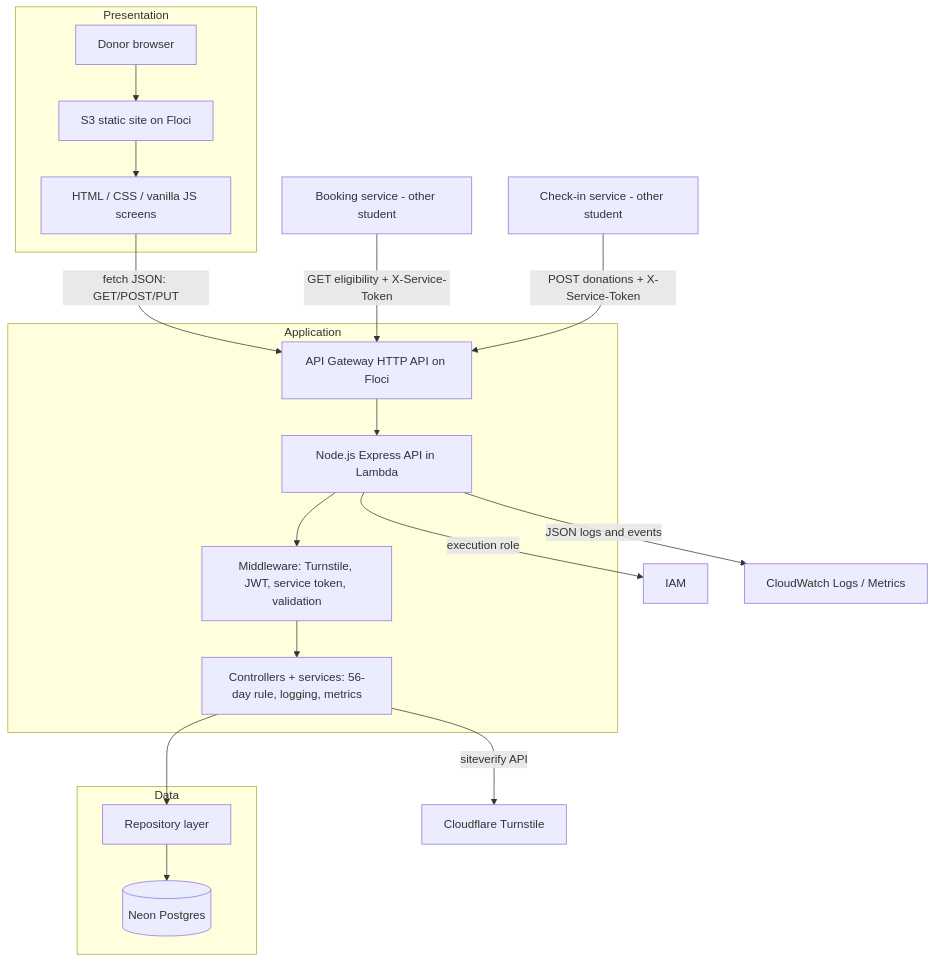
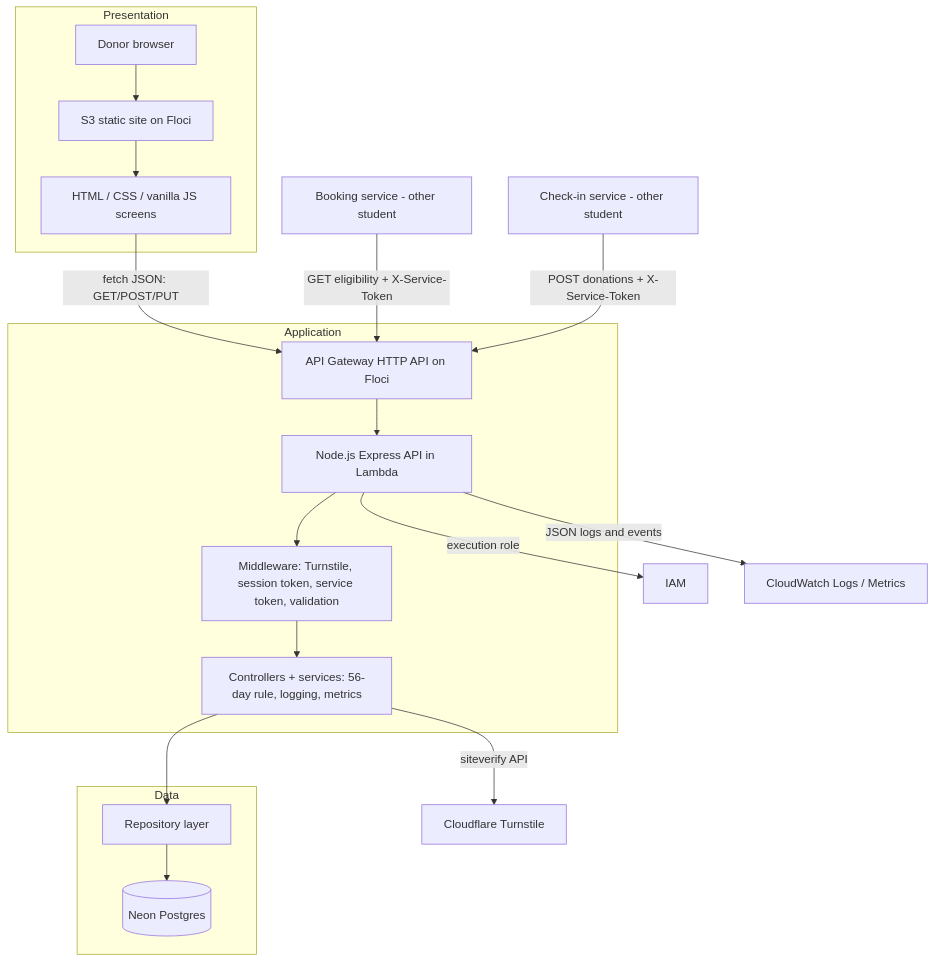
The first of 2 diagrams in docs/individual-contribution.md (TasneemHazem10/cloud-project), drawn with Mermaid before and after one commit. The commit also changed other lines of this file and 32 other files, not shown here.

````diff
--- a/docs/individual-contribution.md
+++ b/docs/individual-contribution.md
@@ -40,30 +40,30 @@
 ```mermaid
 flowchart TB
   subgraph Presentation
     B[Donor browser]
     S3[S3 static site on Floci]
     UI[HTML / CSS / vanilla JS screens]
     B --> S3 --> UI
   end
 
   subgraph Application
     APIGW[API Gateway HTTP API on Floci]
     LAMBDA[Node.js Express API in Lambda]
-    MW[Middleware: Turnstile, JWT, service token, validation]
+    MW[Middleware: Turnstile, session token, service token, validation]
     CTRL[Controllers + services: 56-day rule, logging, metrics]
     APIGW --> LAMBDA --> MW --> CTRL
   end
 
   subgraph Data
     NEON[(Neon Postgres)]
     REPO[Repository layer]
     CTRL --> REPO --> NEON
   end
 
   UI -->|fetch JSON: GET/POST/PUT| APIGW
   BOOKING[Booking service - other student] -->|GET eligibility + X-Service-Token| APIGW
   CHECKIN[Check-in service - other student] -->|POST donations + X-Service-Token| APIGW
   CTRL -->|siteverify API| TURNSTILE[Cloudflare Turnstile]
   LAMBDA -->|execution role| IAM[IAM]
   LAMBDA -->|JSON logs and events| CW[CloudWatch Logs / Metrics]
 ```
````
